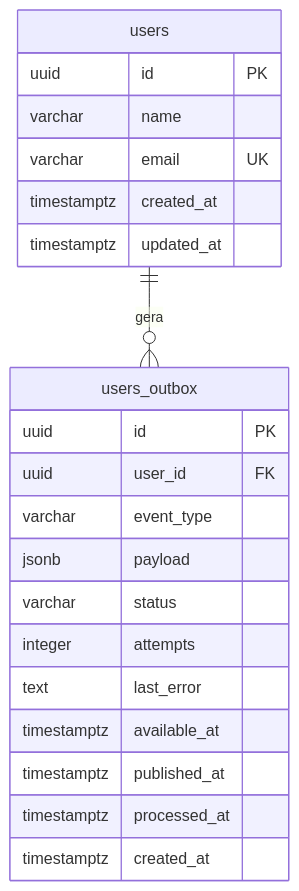
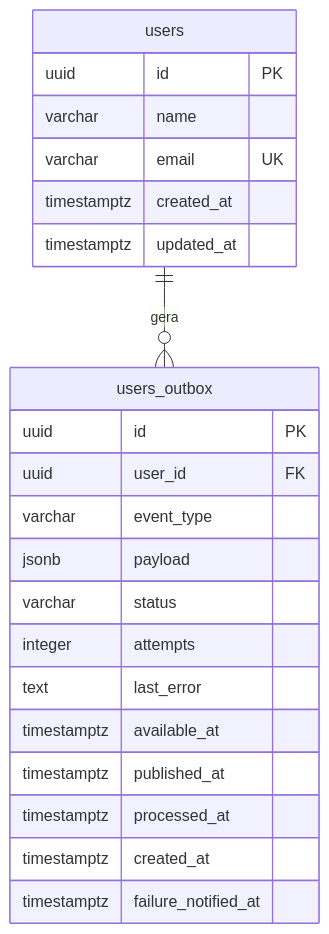
The first of 2 diagrams in docs/database.md (diashelter/cadastro-feliz), drawn with Mermaid before and after one commit. The commit also changed other lines of this file and 6 other files, not shown here.

````diff
--- a/docs/database.md
+++ b/docs/database.md
@@ -32,24 +32,25 @@
 ```mermaid
 erDiagram
     users ||--o{ users_outbox : "gera"
     users {
         uuid id PK
         varchar name
         varchar email UK
         timestamptz created_at
         timestamptz updated_at
     }
     users_outbox {
         uuid id PK
         uuid user_id FK
         varchar event_type
         jsonb payload
         varchar status
         integer attempts
         text last_error
         timestamptz available_at
         timestamptz published_at
         timestamptz processed_at
         timestamptz created_at
+        timestamptz failure_notified_at
     }
 ```
````
